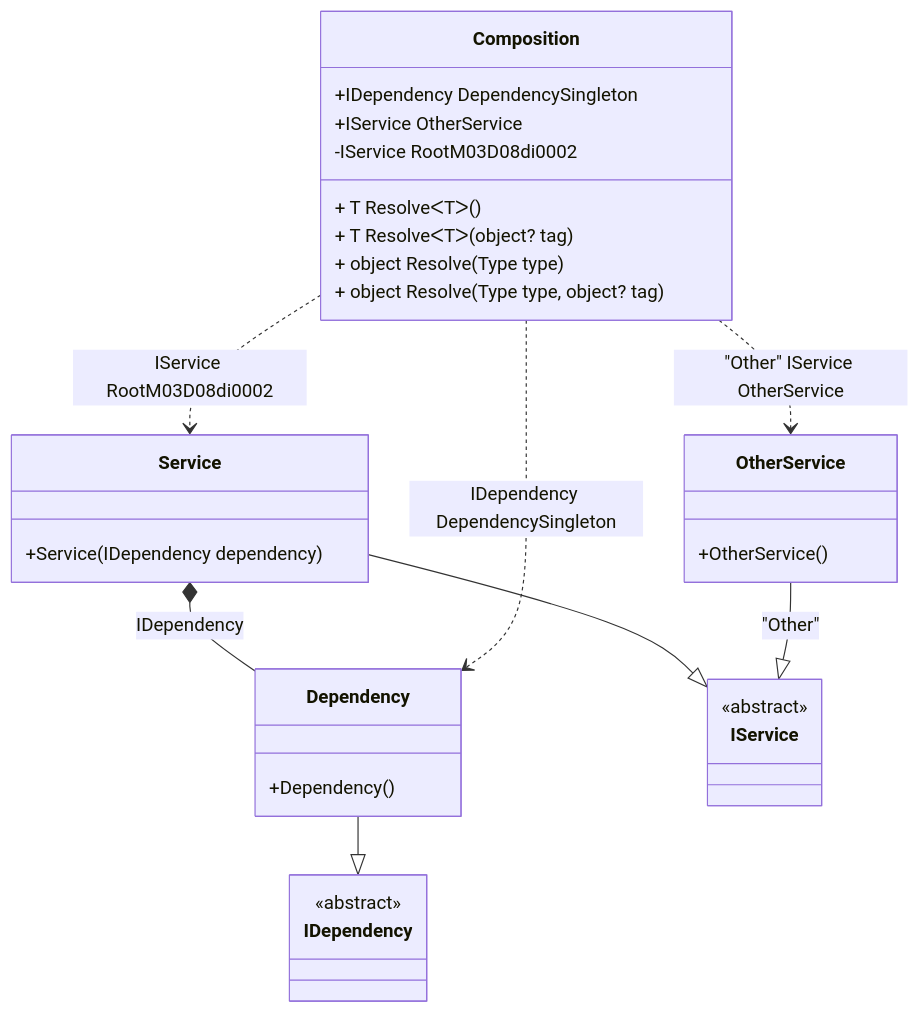
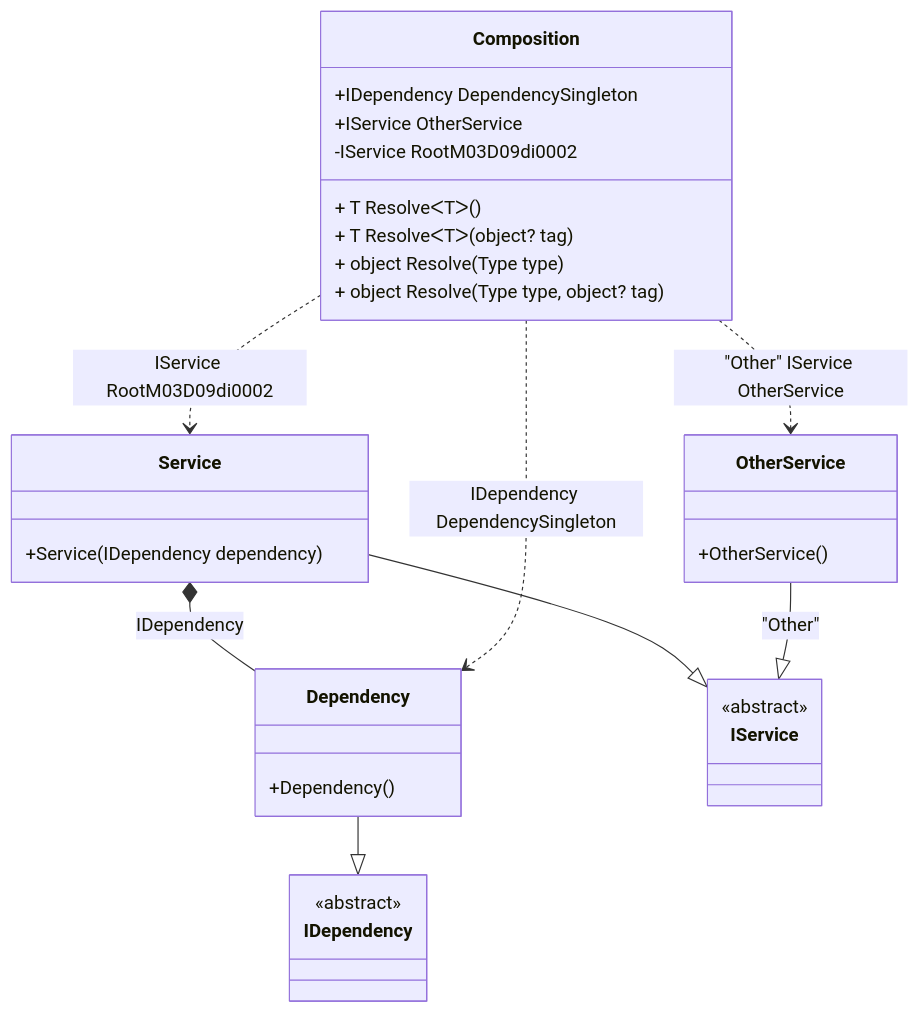
The diagram in readme/resolve-methods.md (DevTeam/Pure.DI), drawn with Mermaid before and after one commit. The commit also changed other lines of this file and 73 other files, not shown here.

````diff
--- a/readme/resolve-methods.md
+++ b/readme/resolve-methods.md
@@ -45,34 +45,34 @@
 ```mermaid
 classDiagram
   class Composition {
     +IDependency DependencySingleton
     +IService OtherService
-    -IService RootM03D08di0002
+    -IService RootM03D09di0002
     + T ResolveᐸTᐳ()
     + T ResolveᐸTᐳ(object? tag)
     + object Resolve(Type type)
     + object Resolve(Type type, object? tag)
   }
   Dependency --|> IDependency : 
   class Dependency {
     +Dependency()
   }
   Service --|> IService : 
   class Service {
     +Service(IDependency dependency)
   }
   OtherService --|> IService : "Other" 
   class OtherService {
     +OtherService()
   }
   class IDependency {
     <<abstract>>
   }
   class IService {
     <<abstract>>
   }
   Service *--  Dependency : IDependency
   Composition ..> Dependency : IDependency DependencySingleton
-  Composition ..> Service : IService RootM03D08di0002
+  Composition ..> Service : IService RootM03D09di0002
   Composition ..> OtherService : "Other" IService OtherService
 ```
````
